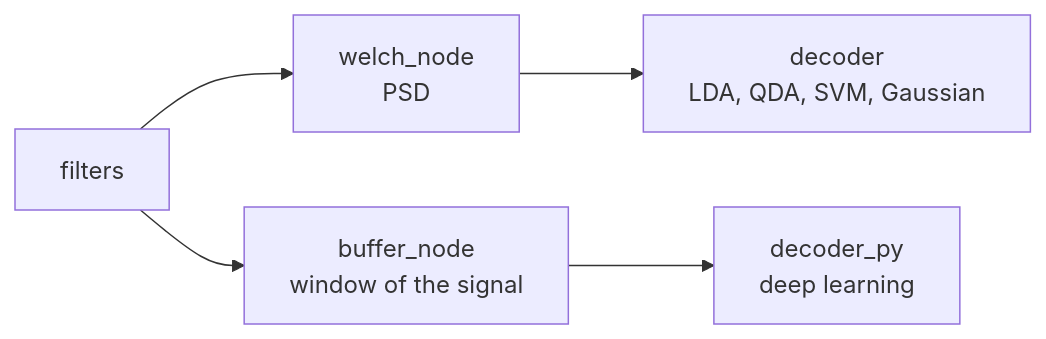
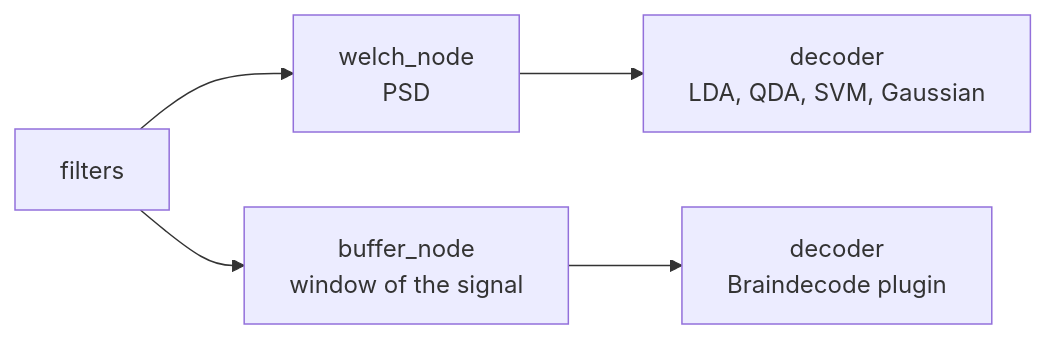
The diagram in docs/concepts/architecture.md (ros2neuro/docs), drawn with Mermaid before and after one commit. The commit also changed 37 other files, not shown here.

````diff
--- a/docs/concepts/architecture.md
+++ b/docs/concepts/architecture.md
@@ -57,5 +57,5 @@
 ```mermaid
 flowchart LR
     FIL["filters"] --> WEL["welch_node<br/>PSD"] --> CLA["decoder<br/>LDA, QDA, SVM, Gaussian"]
-    FIL --> BUF["buffer_node<br/>window of the signal"] --> DL["decoder_py<br/>deep learning"]
+    FIL --> BUF["buffer_node<br/>window of the signal"] --> DL["decoder<br/>Braindecode plugin"]
 ```
````
